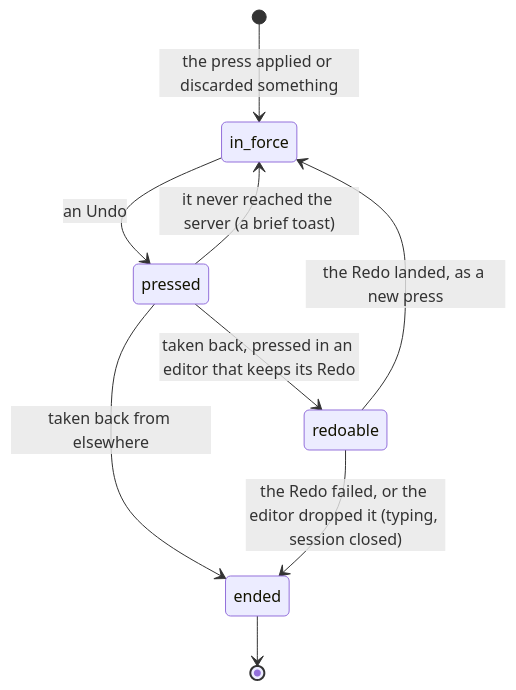
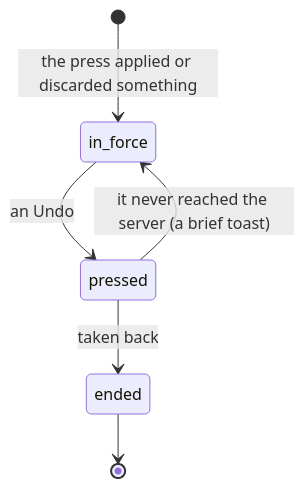
Before and after one commit to haowjy/meridian-flow: the diagram in apps/app/src/features/draft-review/.context/state-machines.md, drawn with Mermaid. The commit also changed other lines of this file and 454 other files, not shown here.

````diff
--- a/apps/app/src/features/draft-review/.context/state-machines.md
+++ b/apps/app/src/features/draft-review/.context/state-machines.md
@@ -18,11 +17,8 @@
 ```mermaid
 stateDiagram-v2
   [*] --> in_force: the press applied or discarded something
   in_force --> pressed: an Undo
   pressed --> in_force: it never reached the server (a brief toast)
-  pressed --> redoable: taken back, pressed in an editor that keeps its Redo
-  pressed --> ended: taken back from elsewhere
-  redoable --> in_force: the Redo landed, as a new press
-  redoable --> ended: the Redo failed, or the editor dropped it (typing, session closed)
+  pressed --> ended: taken back
   ended --> [*]
 ```
````
